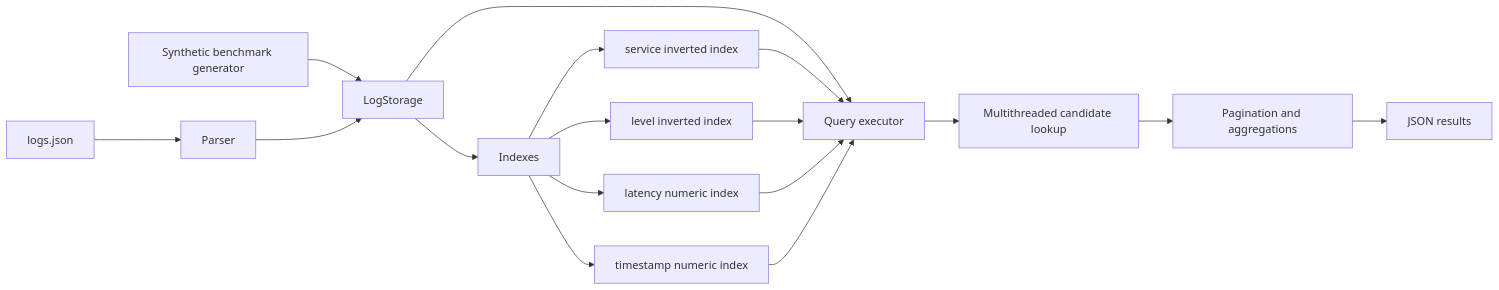
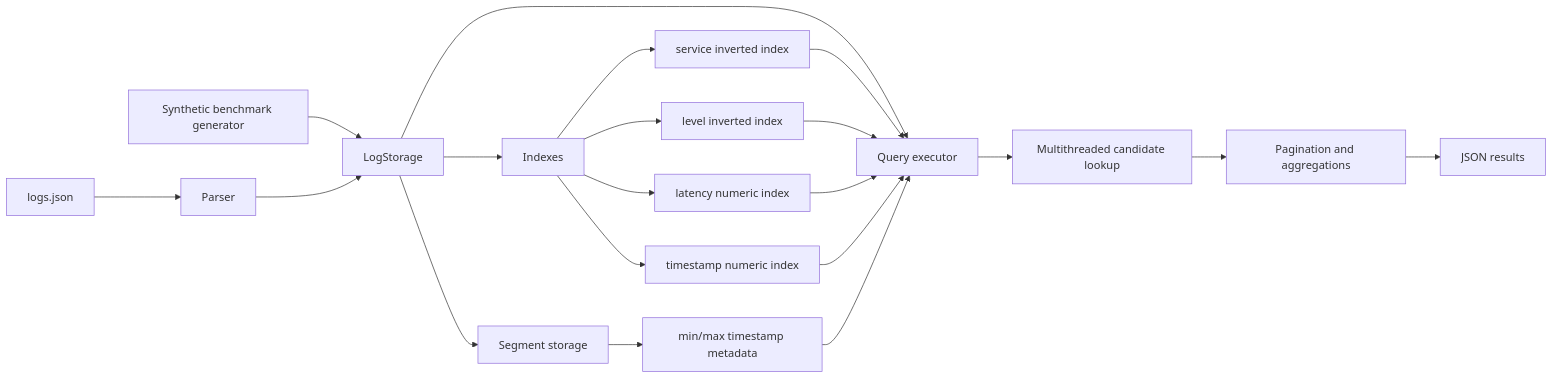
One commit to Ryan11c/Datara changed the diagram in README.md. Above: the diagram before and after it, drawn with Mermaid. The commit also changed other lines of this file and 1 other file, not shown here.

Commit message:
Add segment storage

````diff
--- a/README.md
+++ b/README.md
@@ -161,19 +186,22 @@
 ```mermaid
 flowchart LR
     FILE["logs.json"] --> PARSER["Parser"]
     GEN["Synthetic benchmark generator"] --> STORE["LogStorage"]
     PARSER --> STORE
     STORE --> IDX["Indexes"]
     IDX --> SVC["service inverted index"]
     IDX --> LVL["level inverted index"]
     IDX --> LAT["latency numeric index"]
     IDX --> TS["timestamp numeric index"]
+    STORE --> SEG["Segment storage"]
+    SEG --> META["min/max timestamp metadata"]
     STORE --> EXEC["Query executor"]
     SVC --> EXEC
     LVL --> EXEC
     LAT --> EXEC
     TS --> EXEC
+    META --> EXEC
     EXEC --> MT["Multithreaded candidate lookup"]
     MT --> AGG["Pagination and aggregations"]
     AGG --> OUT["JSON results"]
 ```
````
